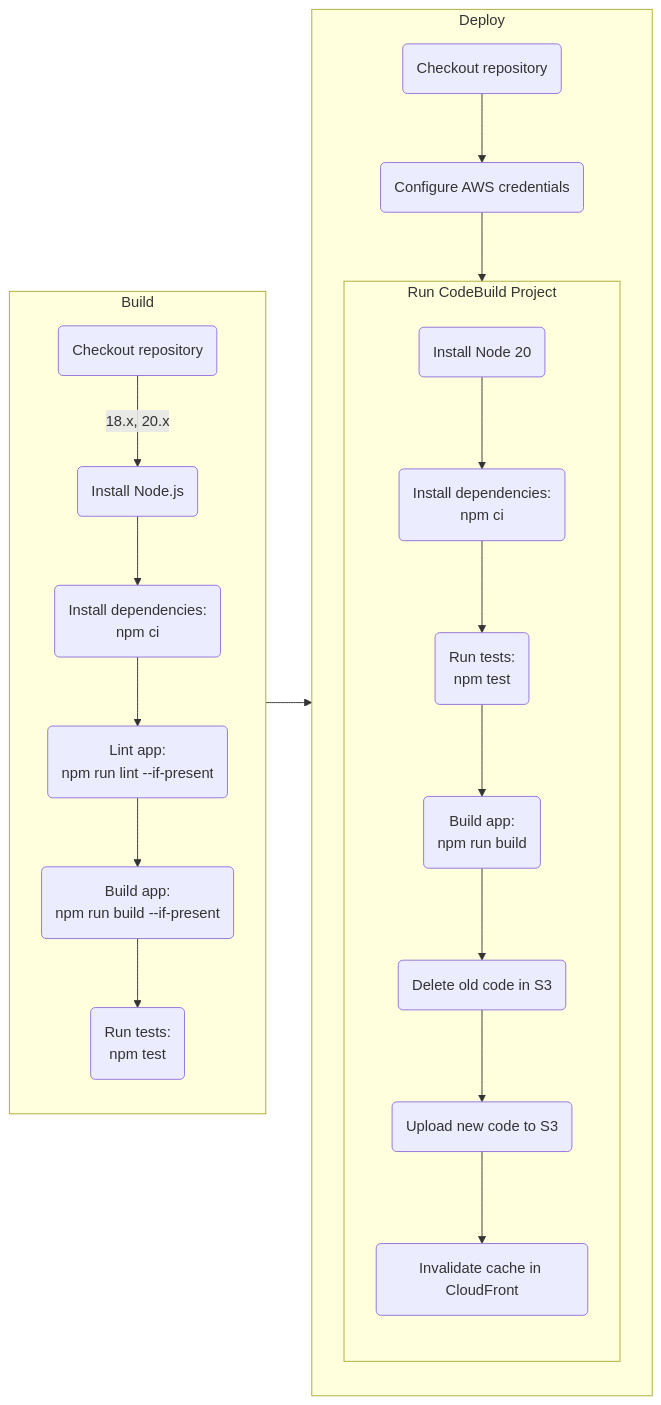
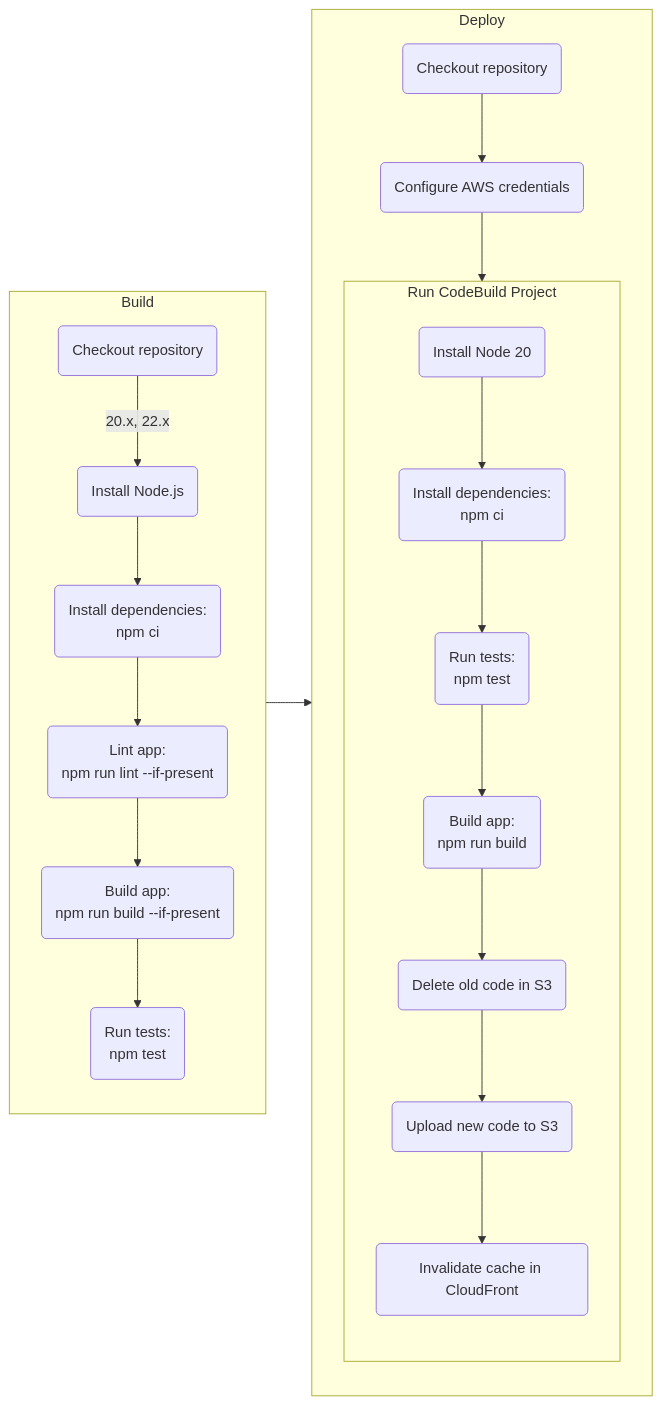
The first of 4 diagrams in README.md (Abhiek187/aws-shop), drawn with Mermaid before and after one commit. The commit also changed 3 other files, not shown here.

````diff
--- a/README.md
+++ b/README.md
@@ -50,30 +50,30 @@
 ```mermaid
 flowchart LR
 
 A --> B
 
 subgraph A [Build]
 direction TB
-C(Checkout repository) -->|18.x, 20.x| D(Install Node.js)
+C(Checkout repository) -->|20.x, 22.x| D(Install Node.js)
 D --> E(Install dependencies:<br>npm ci)
 E --> F(Lint app:<br>npm run lint --if-present)
 F --> G(Build app:<br>npm run build --if-present)
 G --> H(Run tests:<br>npm test)
 end
 
 subgraph B [Deploy]
 direction TB
 I(Checkout repository) --> J(Configure AWS credentials)
 J --> K
 end
 
 subgraph K [Run CodeBuild Project]
 direction TB
 L(Install Node 20) --> M(Install dependencies:<br>npm ci)
 M --> N(Run tests:<br>npm test)
 N --> O(Build app:<br>npm run build)
 O --> P(Delete old code in S3)
 P --> Q(Upload new code to S3)
 Q --> R(Invalidate cache in CloudFront)
 end
 ```
````
